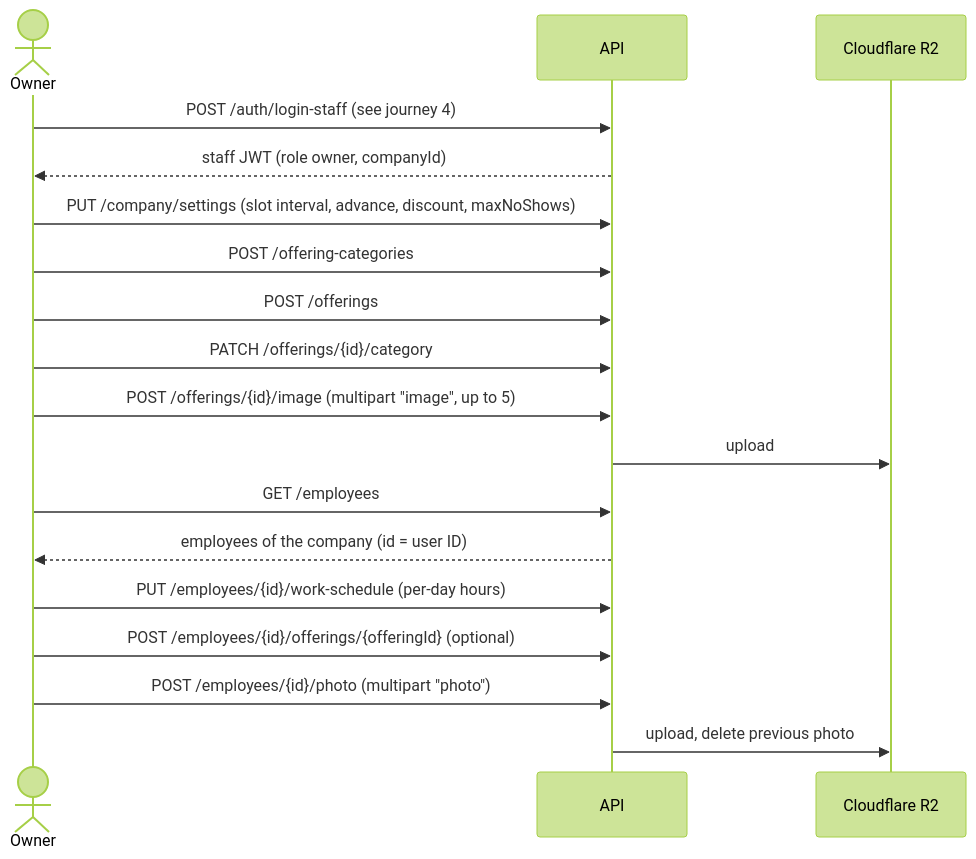
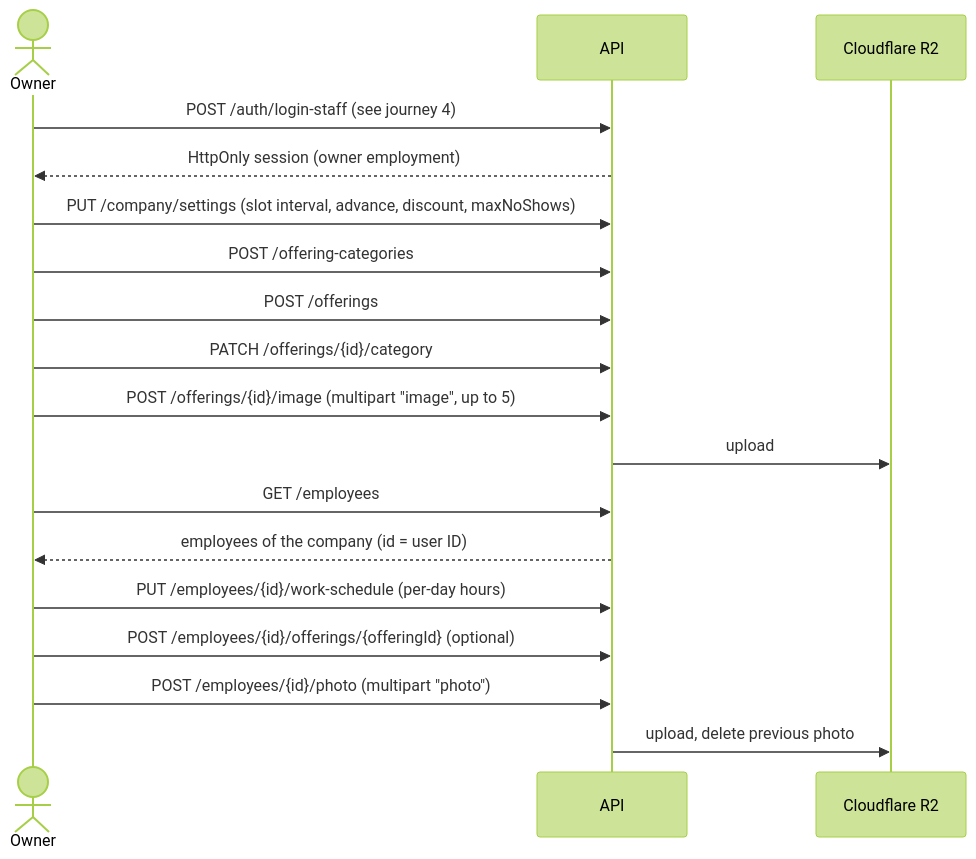
Before and after one commit to s24407-pj/scheduler: the first of 8 diagrams in docs/flows.md, drawn with Mermaid (forest theme). The commit also changed other lines of this file and 78 other files, not shown here.

````diff
--- a/docs/flows.md
+++ b/docs/flows.md
@@ -16,20 +16,20 @@
 ```mermaid
 sequenceDiagram
     actor O as Owner
     participant API
     participant R2 as Cloudflare R2
     O->>API: POST /auth/login-staff (see journey 4)
-    API-->>O: staff JWT (role owner, companyId)
+    API-->>O: HttpOnly session (owner employment)
     O->>API: PUT /company/settings (slot interval, advance, discount, maxNoShows)
     O->>API: POST /offering-categories
     O->>API: POST /offerings
     O->>API: PATCH /offerings/{id}/category
     O->>API: POST /offerings/{id}/image (multipart "image", up to 5)
     API->>R2: upload
     O->>API: GET /employees
     API-->>O: employees of the company (id = user ID)
     O->>API: PUT /employees/{id}/work-schedule (per-day hours)
     O->>API: POST /employees/{id}/offerings/{offeringId} (optional)
     O->>API: POST /employees/{id}/photo (multipart "photo")
     API->>R2: upload, delete previous photo
 ```
````
